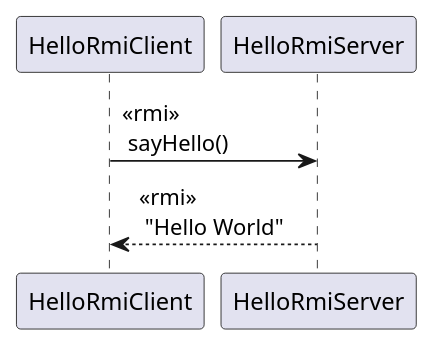
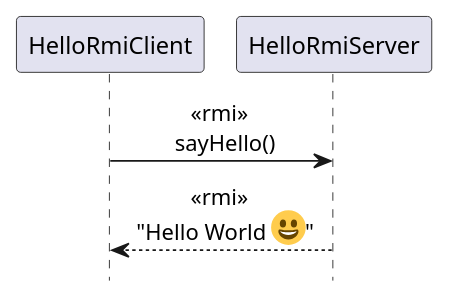
The diagram in plaatjes/rmi-simple.puml (bartvanderwal/java-rmi), drawn with PlantUML before and after one commit. The commit also changed 16 other files, not shown here.

```diff
--- a/plaatjes/rmi-simple.puml
+++ b/plaatjes/rmi-simple.puml
@@ -1,5 +1,9 @@
 @startuml sequence
+skinparam sequenceMessageAlign center
+skinparam sequenceMessageAlign center
+hide footbox
+
 HelloRmiClient -> HelloRmiServer: <<rmi>> \n sayHello()
 
-HelloRmiServer --> HelloRmiClient: <<rmi>> \n "Hello World"
+HelloRmiServer --> HelloRmiClient: <<rmi>> \n "Hello World <:1f600:>"
 @enduml
```
